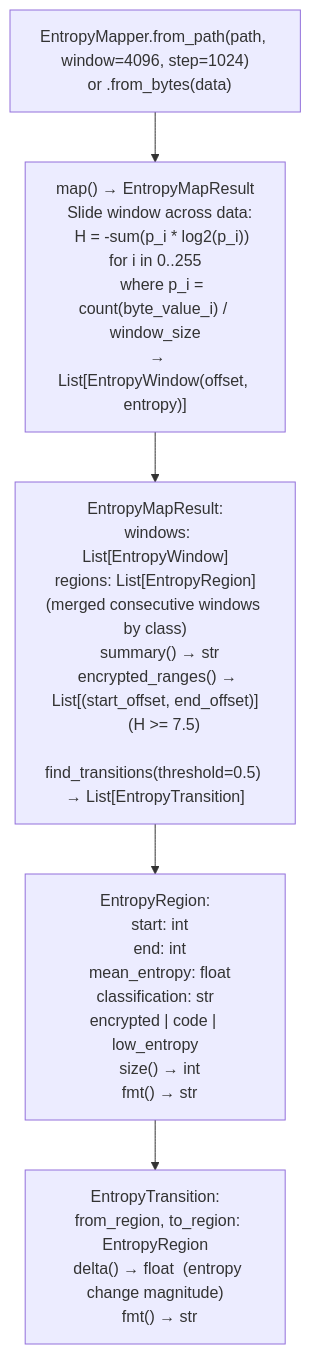
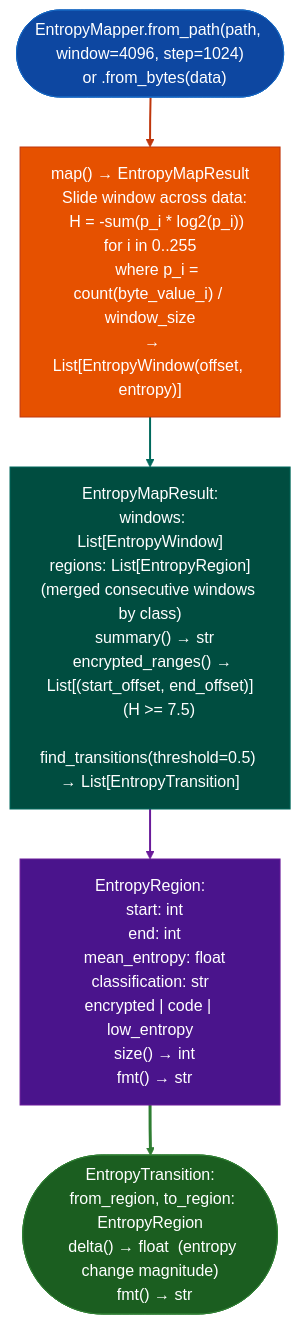
One commit to Ablation-Tool/ablation changed the diagram in docs/reference-modules/compressed-bff-detection-and-lzw-attempt.md. Above: the diagram before and after it, drawn with Mermaid. The commit also changed 320 other files, not shown here.

First line of the commit message:
docs: apply canonical Mermaid template to all 321 diagrams

````diff
--- a/docs/reference-modules/compressed-bff-detection-and-lzw-attempt.md
+++ b/docs/reference-modules/compressed-bff-detection-and-lzw-attempt.md
@@ -19,7 +19,17 @@
 ```mermaid
 flowchart TD
-    A["EntropyMapper.from_path(path, window=4096, step=1024)\n  or .from_bytes(data)"] --> B["map() → EntropyMapResult\n  Slide window across data:\n    H = -sum(p_i * log2(p_i)) for i in 0..255\n    where p_i = count(byte_value_i) / window_size\n  → List[EntropyWindow(offset, entropy)]"]
-    B --> C["EntropyMapResult:\n  windows: List[EntropyWindow]\n  regions: List[EntropyRegion]  (merged consecutive windows by class)\n  summary() → str\n  encrypted_ranges() → List[(start_offset, end_offset)]\n    (H >= 7.5)\n  find_transitions(threshold=0.5) → List[EntropyTransition]"]
-    C --> D["EntropyRegion:\n  start: int\n  end: int\n  mean_entropy: float\n  classification: str  encrypted | code | low_entropy\n  size() → int\n  fmt() → str"]
-    D --> E["EntropyTransition:\n  from_region, to_region: EntropyRegion\n  delta() → float  (entropy change magnitude)\n  fmt() → str"]
+    A(["EntropyMapper.from_path(path, window=4096, step=1024)\n  or .from_bytes(data)"]):::input --> B["map() → EntropyMapResult\n  Slide window across data:\n    H = -sum(p_i * log2(p_i)) for i in 0..255\n    where p_i = count(byte_value_i) / window_size\n  → List[EntropyWindow(offset, entropy)]"]:::primary
+    B:::primary --> C["EntropyMapResult:\n  windows: List[EntropyWindow]\n  regions: List[EntropyRegion]  (merged consecutive windows by class)\n  summary() → str\n  encrypted_ranges() → List[(start_offset, end_offset)]\n    (H >= 7.5)\n  find_transitions(threshold=0.5) → List[EntropyTransition]"]:::secondary
+    C:::secondary --> D["EntropyRegion:\n  start: int\n  end: int\n  mean_entropy: float\n  classification: str  encrypted | code | low_entropy\n  size() → int\n  fmt() → str"]:::tertiary
+    D:::tertiary --> E(["EntropyTransition:\n  from_region, to_region: EntropyRegion\n  delta() → float  (entropy change magnitude)\n  fmt() → str"]):::output
+    classDef input     fill:#0d47a1,stroke:#1565c0,color:#fff
+    classDef primary   fill:#e65100,stroke:#bf360c,color:#fff
+    classDef secondary fill:#004d40,stroke:#00695c,color:#fff
+    classDef tertiary  fill:#4a148c,stroke:#6a1b9a,color:#fff
+    classDef neutral   fill:#37474f,stroke:#546e7a,color:#fff
+    classDef output    fill:#1b5e20,stroke:#2e7d32,color:#fff
+    linkStyle 0 stroke:#bf360c,stroke-width:2px
+    linkStyle 1 stroke:#00695c,stroke-width:2px
+    linkStyle 2 stroke:#6a1b9a,stroke-width:2px
+    linkStyle 3 stroke:#2e7d32,stroke-width:3px
 ```
````
